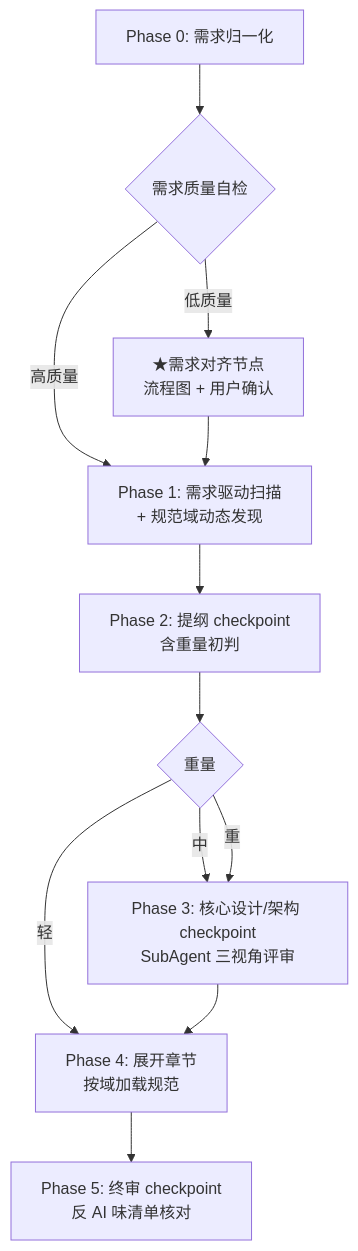
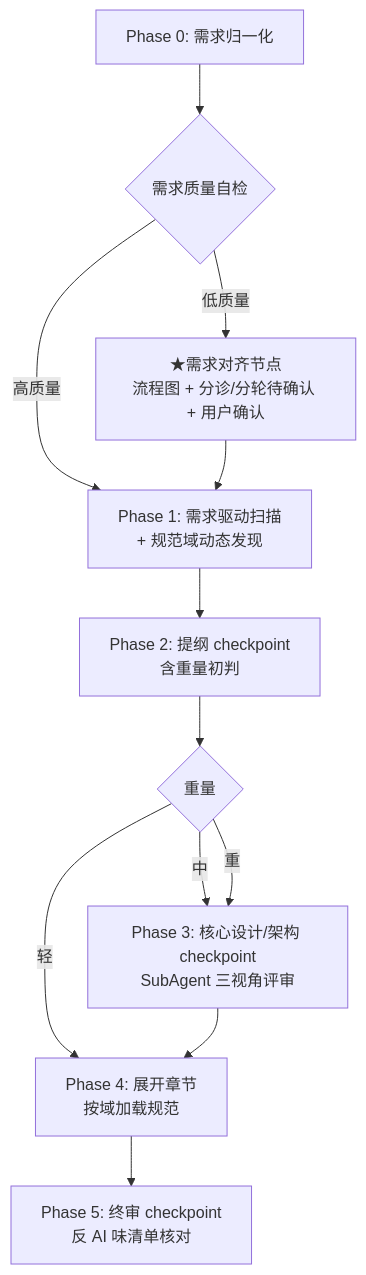
The diagram in README.md (Ethanzyc/dev-doc), drawn with Mermaid before and after one commit. The commit also changed other lines of this file and 1 other file, not shown here.

````diff
--- a/README.md
+++ b/README.md
@@ -51,15 +51,15 @@
 ```mermaid
 flowchart TD
     P0[Phase 0: 需求归一化] --> Q{需求质量自检}
-    Q -->|低质量| ALIGN[★需求对齐节点<br/>流程图 + 用户确认]
+    Q -->|低质量| ALIGN[★需求对齐节点<br/>流程图 + 分诊/分轮待确认 + 用户确认]
     Q -->|高质量| P1
     ALIGN --> P1
     P1[Phase 1: 需求驱动扫描<br/>+ 规范域动态发现] --> P2
     P2[Phase 2: 提纲 checkpoint<br/>含重量初判] --> W{重量}
     W -->|轻| P4
     W -->|中| P3
     W -->|重| P3
     P3[Phase 3: 核心设计/架构 checkpoint<br/>SubAgent 三视角评审] --> P4
     P4[Phase 4: 展开章节<br/>按域加载规范] --> P5
     P5[Phase 5: 终审 checkpoint<br/>反 AI 味清单核对]
 ```
````
